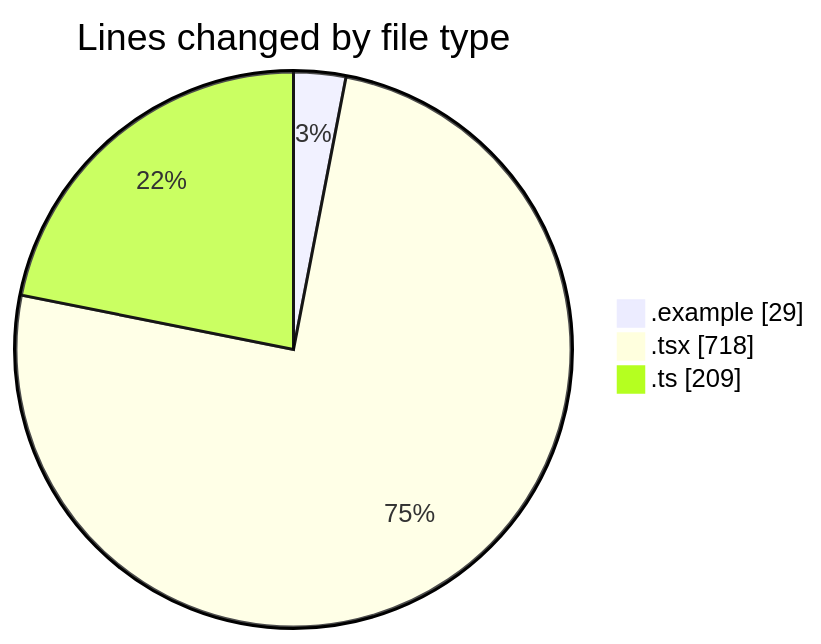
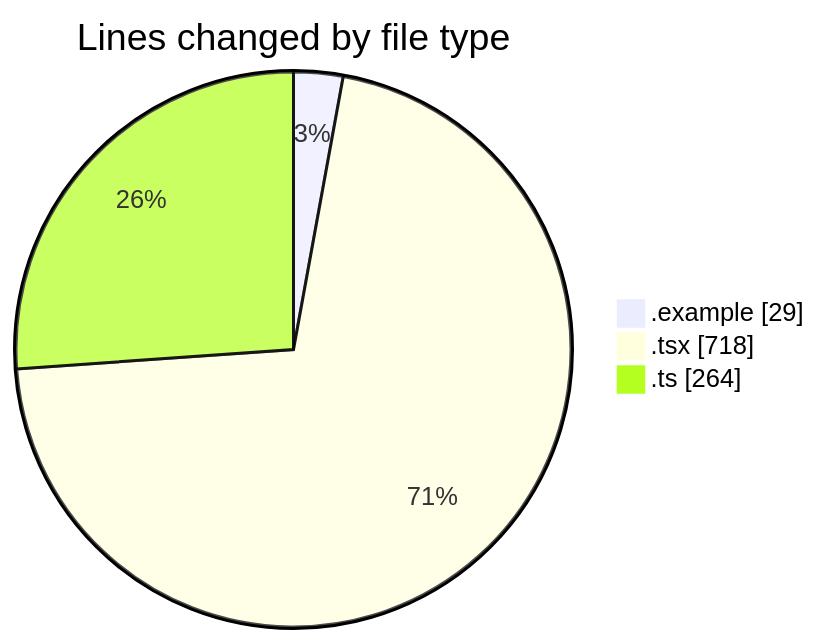
Before and after one commit to julien-gomy/code-tracking: the first of 2 diagrams in 2025-11-16/eventscop-frontend-guide__workspace_/README.md, drawn with Mermaid. The commit also changed other lines of this file and 1 other file, not shown here.

````diff
--- a/2025-11-16/eventscop-frontend-guide__workspace_/README.md
+++ b/2025-11-16/eventscop-frontend-guide__workspace_/README.md
@@ -27,7 +28,7 @@
 ```mermaid
 pie showData
 title Lines changed by file type
 ".example" : 29
 ".tsx" : 718
-".ts" : 209
+".ts" : 264
 ```
````
